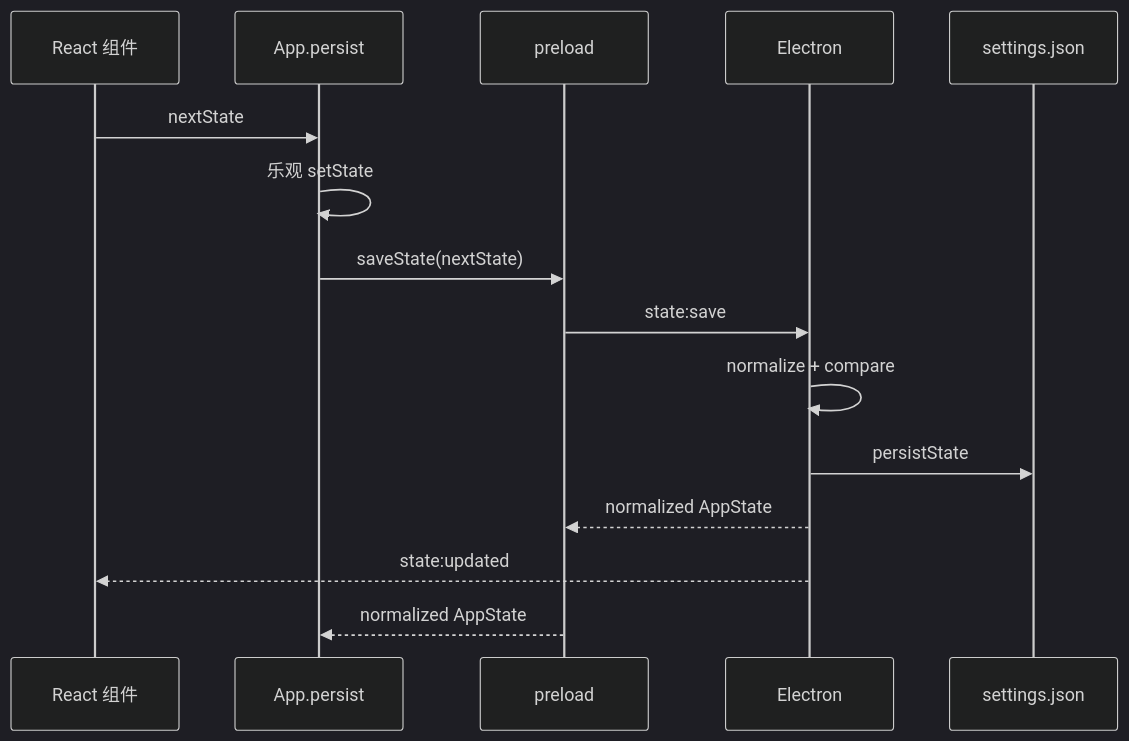
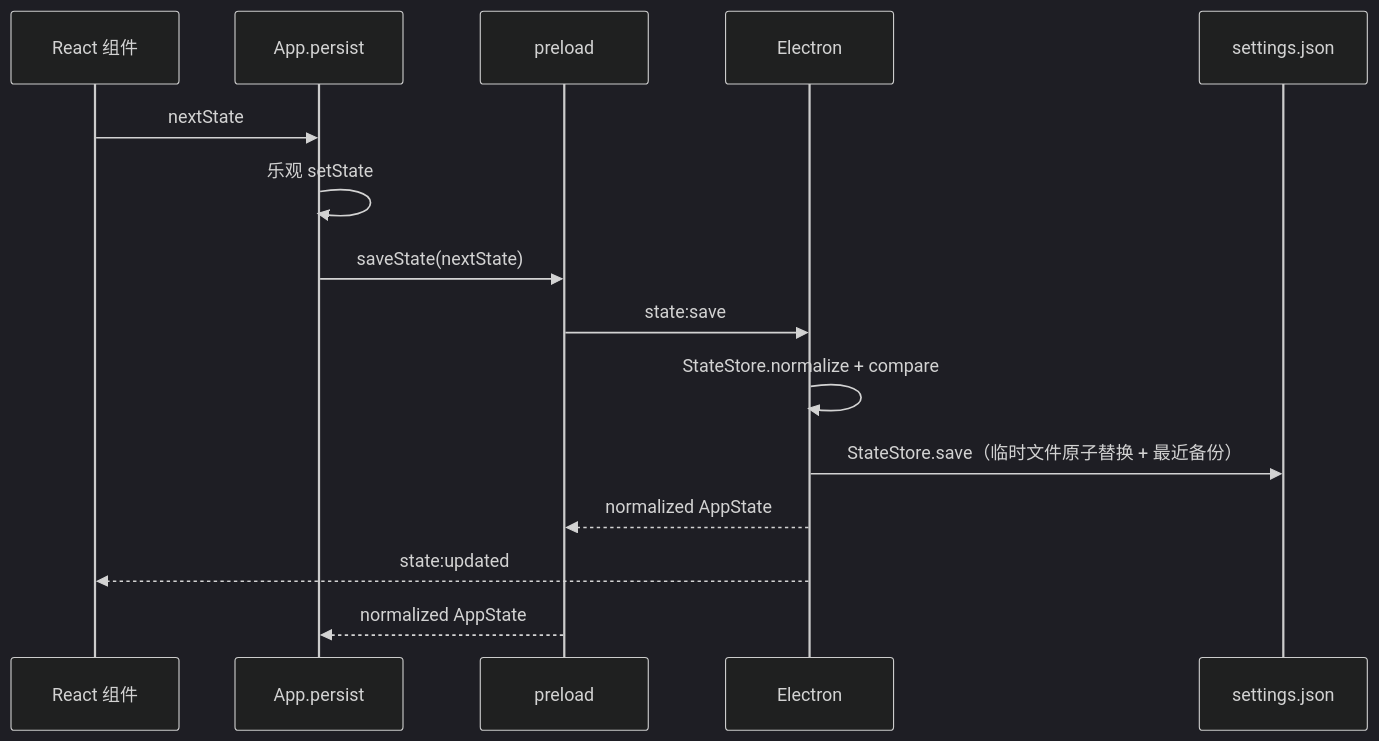
Before and after one commit to SingleOne/JianZhang: the diagram in docs/wiki/05-state-storage-and-ipc.md, drawn with Mermaid (dark theme). The commit also changed other lines of this file and 14 other files, not shown here.

````diff
--- a/docs/wiki/05-state-storage-and-ipc.md
+++ b/docs/wiki/05-state-storage-and-ipc.md
@@ -215,18 +220,18 @@
 ```mermaid
 sequenceDiagram
     participant C as React 组件
     participant A as App.persist
     participant P as preload
     participant E as Electron
     participant F as settings.json
 
     C->>A: nextState
     A->>A: 乐观 setState
     A->>P: saveState(nextState)
     P->>E: state:save
-    E->>E: normalize + compare
-    E->>F: persistState
+    E->>E: StateStore.normalize + compare
+    E->>F: StateStore.save（临时文件原子替换 + 最近备份）
     E-->>P: normalized AppState
     E-->>C: state:updated
     P-->>A: normalized AppState
 ```
````
